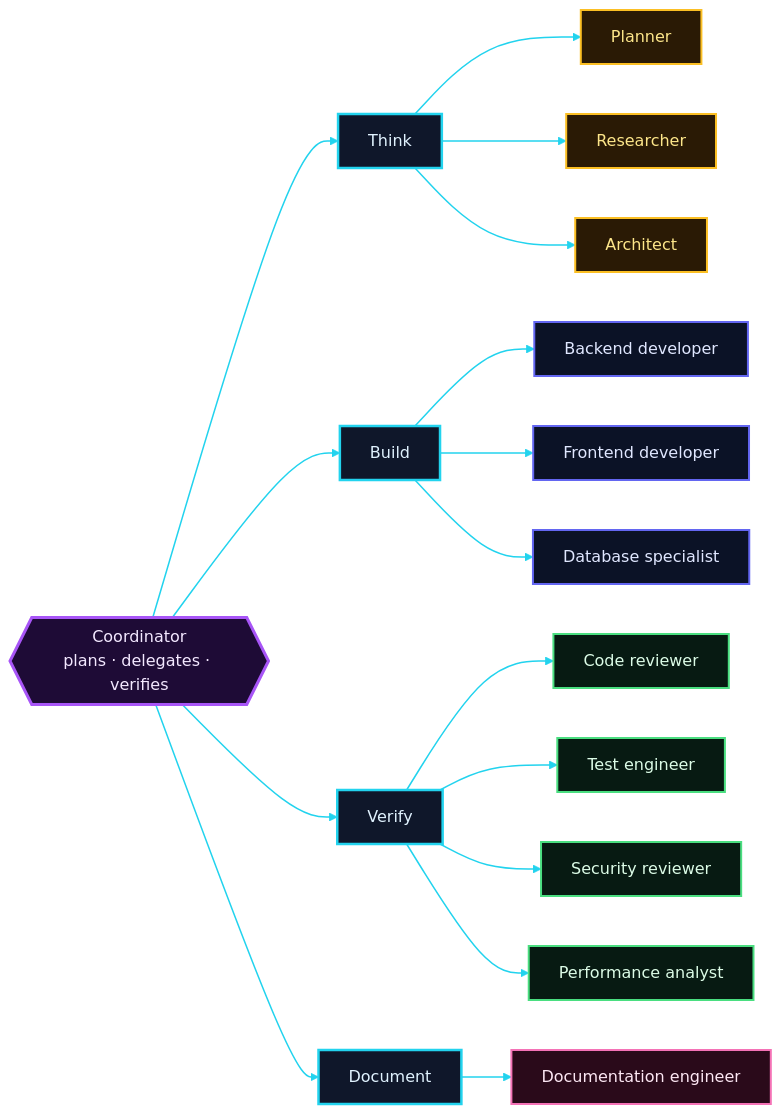
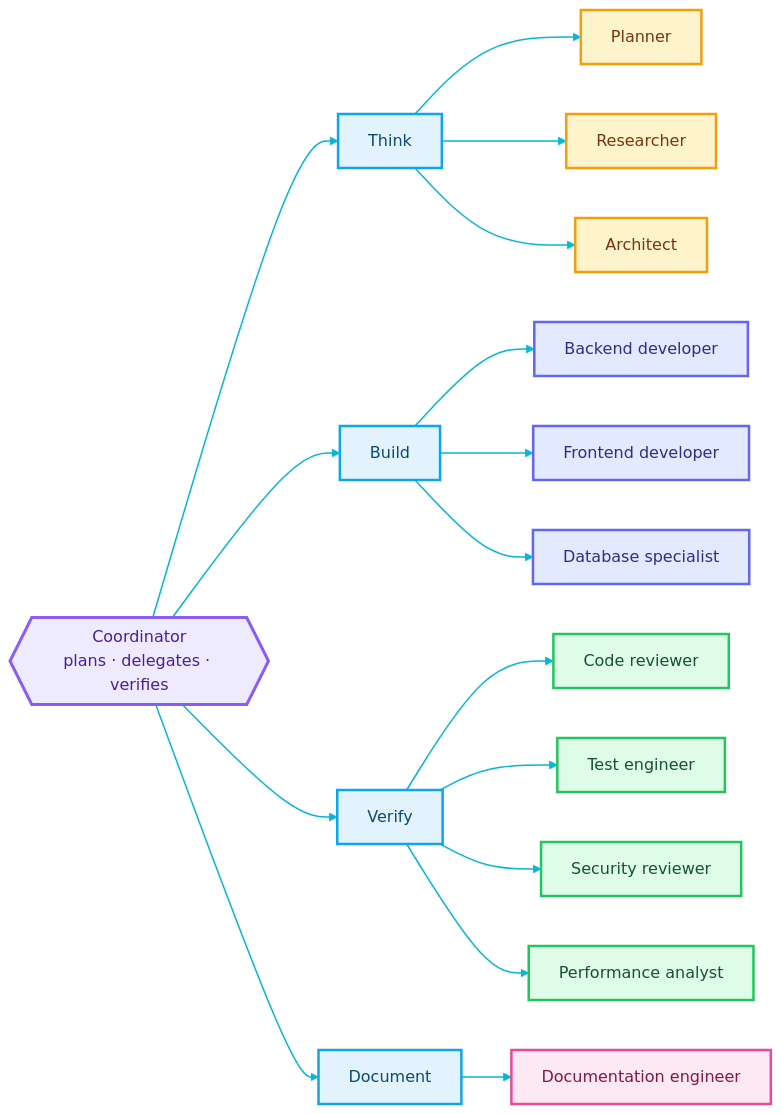
The fourth of 6 diagrams in README.md (GabrielAlmeidaFlores/OPENCODE-TOOL-ENHANCER), drawn with Mermaid before and after one commit. The commit also changed other lines of this file and 4 other files, not shown here.

Commit message:
docs: switch Mermaid diagrams to a translucent glass-neon palette

````diff
--- a/README.md
+++ b/README.md
@@ -332,38 +332,38 @@
 ```mermaid
-%%{init: {"theme":"base","themeVariables":{"fontFamily":"Inter, system-ui, sans-serif","lineColor":"#22D3EE","edgeLabelBackground":"#E2E8F0"}}}%%
+%%{init: {"theme":"base","themeVariables":{"fontFamily":"Inter, system-ui, sans-serif","lineColor":"#06B6D4","edgeLabelBackground":"#E2E8F0"}}}%%
 flowchart LR
     C{{Coordinator<br/>plans · delegates · verifies}}
     C --> THINK[Think]
     C --> BUILD[Build]
     C --> VERIFY[Verify]
     C --> DOC[Document]
 
     THINK --> PL[Planner]
     THINK --> RE[Researcher]
     THINK --> AR[Architect]
 
     BUILD --> BE[Backend developer]
     BUILD --> FE[Frontend developer]
     BUILD --> DB[Database specialist]
 
     VERIFY --> CR[Code reviewer]
     VERIFY --> TE[Test engineer]
     VERIFY --> SR[Security reviewer]
     VERIFY --> PA[Performance analyst]
 
     DOC --> DE[Documentation engineer]
 
-    classDef coord fill:#1E0B36,stroke:#A855F7,stroke-width:3px,color:#F3E8FF
-    classDef cat fill:#0F172A,stroke:#22D3EE,stroke-width:2.5px,color:#E0F2FE
-    classDef think fill:#2A1A05,stroke:#FBBF24,stroke-width:2px,color:#FDE68A
-    classDef build fill:#0B1226,stroke:#6366F1,stroke-width:2px,color:#E0E7FF
-    classDef verify fill:#071A12,stroke:#4ADE80,stroke-width:2px,color:#DCFCE7
-    classDef doc fill:#2A0A1A,stroke:#F472B6,stroke-width:2px,color:#FCE7F3
+    classDef coord fill:#EDE9FE,fill-opacity:0.9,stroke:#8B5CF6,stroke-width:3px,color:#4C1D95
+    classDef cat fill:#E0F2FE,fill-opacity:0.9,stroke:#0EA5E9,stroke-width:2.5px,color:#0C4A6E
+    classDef think fill:#FEF3C7,fill-opacity:0.9,stroke:#F59E0B,stroke-width:2.5px,color:#78350F
+    classDef build fill:#E0E7FF,fill-opacity:0.9,stroke:#6366F1,stroke-width:2.5px,color:#312E81
+    classDef verify fill:#DCFCE7,fill-opacity:0.9,stroke:#22C55E,stroke-width:2.5px,color:#14532D
+    classDef doc fill:#FCE7F3,fill-opacity:0.9,stroke:#EC4899,stroke-width:2.5px,color:#831843
     class C coord
     class THINK,BUILD,VERIFY,DOC cat
     class PL,RE,AR think
     class BE,FE,DB build
     class CR,TE,SR,PA verify
     class DE doc
-    linkStyle default stroke:#22D3EE,stroke-width:1.5px
+    linkStyle default stroke:#06B6D4,stroke-width:1.5px
 ```
````
